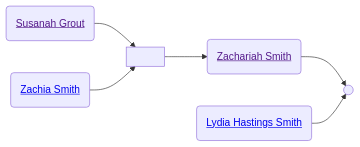
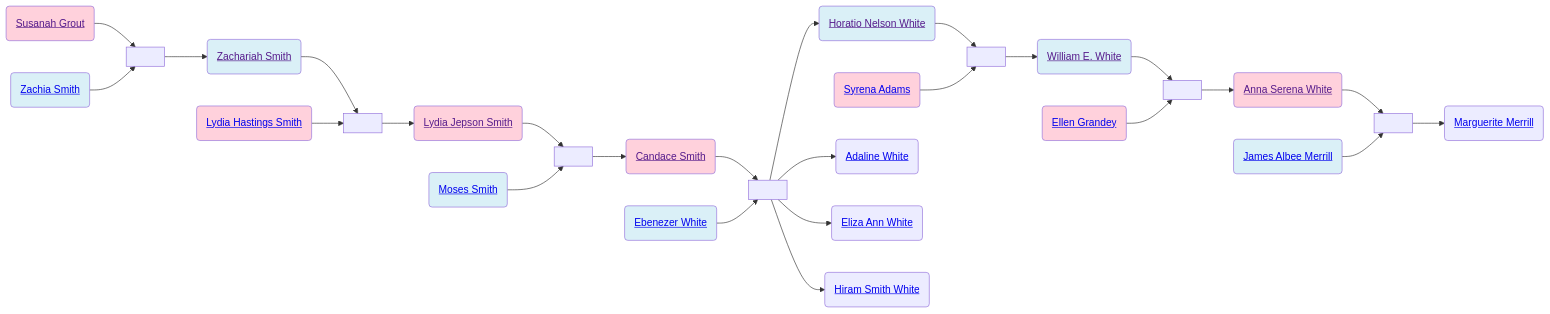
One commit to neelsmith/avocational changed the diagram in familyhistory/sources/people/Merrill-line/Susanah_Grout.qmd. Above: the diagram before and after it, drawn with Mermaid. The commit also changed 91 other files, not shown here.

Commit message:
Rebuild descendant diagrams

````diff
--- a/familyhistory/sources/people/Merrill-line/Susanah_Grout.qmd
+++ b/familyhistory/sources/people/Merrill-line/Susanah_Grout.qmd
@@ -26,14 +26,59 @@
 ```{mermaid}
 graph LR
+%% LR descendant diagram
 class Susanah_Grout_and_Zachia_Smith marriage
 Susanah_Grout(<a href=''>Susanah Grout</>) --> Susanah_Grout_and_Zachia_Smith[ ]
 Zachia_Smith(<a href='./Zachia_Smith.html'>Zachia Smith</>) --> Susanah_Grout_and_Zachia_Smith(( ))
+class Zachia_Smith father
+class Susanah_Grout mother
 Susanah_Grout_and_Zachia_Smith[ ] --> Zachariah_Smith(<a href='./White-line/Candace-Smith-line/Zachariah_Smith.html'>Zachariah Smith</>)
 class Zachariah_Smith_and_Lydia_Hastings_Smith marriage
 Zachariah_Smith(<a href=''>Zachariah Smith</>) --> Zachariah_Smith_and_Lydia_Hastings_Smith[ ]
 Lydia_Hastings_Smith(<a href='./Lydia_Hastings_Smith.html'>Lydia Hastings Smith</>) --> Zachariah_Smith_and_Lydia_Hastings_Smith(( ))
+class Zachariah_Smith father
+class Lydia_Hastings_Smith mother
+Zachariah_Smith_and_Lydia_Hastings_Smith[ ] --> Lydia_Jepson_Smith(<a href='./Lydia_Jepson_Smith.html'>Lydia Jepson Smith</>)
+class Lydia_Jepson_Smith_and_Moses_Smith marriage
+Lydia_Jepson_Smith(<a href=''>Lydia Jepson Smith</>) --> Lydia_Jepson_Smith_and_Moses_Smith[ ]
+Moses_Smith(<a href='./../../../Moses_Smith_connections/Moses_Smith.html'>Moses Smith</>) --> Lydia_Jepson_Smith_and_Moses_Smith(( ))
+class Moses_Smith father
+class Lydia_Jepson_Smith mother
+Lydia_Jepson_Smith_and_Moses_Smith[ ] --> Candace_Smith(<a href='./Candace_Smith.html'>Candace Smith</>)
+class Candace_Smith_and_Ebenezer_White marriage
+Candace_Smith(<a href=''>Candace Smith</>) --> Candace_Smith_and_Ebenezer_White[ ]
+Ebenezer_White(<a href='./../Ebenezer_White.html'>Ebenezer White</>) --> Candace_Smith_and_Ebenezer_White(( ))
+class Ebenezer_White father
+class Candace_Smith mother
+Candace_Smith_and_Ebenezer_White[ ] --> Horatio_Nelson_White(<a href='./../Horatio_Nelson_White.html'>Horatio Nelson White</>)
+class Horatio_Nelson_White_and_Syrena_Adams marriage
+Horatio_Nelson_White(<a href=''>Horatio Nelson White</>) --> Horatio_Nelson_White_and_Syrena_Adams[ ]
+Syrena_Adams(<a href='./Syrena_Adams.html'>Syrena Adams</>) --> Horatio_Nelson_White_and_Syrena_Adams(( ))
+class Horatio_Nelson_White father
+class Syrena_Adams mother
+Horatio_Nelson_White_and_Syrena_Adams[ ] --> William_E._White(<a href='./William_E._White.html'>William E. White</>)
+class William_E._White_and_Ellen_Grandey marriage
+William_E._White(<a href=''>William E. White</>) --> William_E._White_and_Ellen_Grandey[ ]
+Ellen_Grandey(<a href='./../Grandey-line/Ellen_Grandey.html'>Ellen Grandey</>) --> William_E._White_and_Ellen_Grandey(( ))
+class William_E._White father
+class Ellen_Grandey mother
+William_E._White_and_Ellen_Grandey[ ] --> Anna_Serena_White(<a href='./Anna_Serena_White.html'>Anna Serena White</>)
+class Anna_Serena_White_and_James_Albee_Merrill marriage
+Anna_Serena_White(<a href=''>Anna Serena White</>) --> Anna_Serena_White_and_James_Albee_Merrill[ ]
+James_Albee_Merrill(<a href='./../James_Albee_Merrill.html'>James Albee Merrill</>) --> Anna_Serena_White_and_James_Albee_Merrill(( ))
+class James_Albee_Merrill father
+class Anna_Serena_White mother
+Anna_Serena_White_and_James_Albee_Merrill[ ] --> Marguerite_Merrill(<a href='./../Marguerite_Merrill.html'>Marguerite Merrill</>)
+class Ebenezer_White father
+class Candace_Smith mother
+Candace_Smith_and_Ebenezer_White[ ] --> Adaline_White(<a href='./../Adaline_White.html'>Adaline White</>)
+class Ebenezer_White father
+class Candace_Smith mother
+Candace_Smith_and_Ebenezer_White[ ] --> Eliza_Ann_White(<a href='./../Eliza_Ann_White.html'>Eliza Ann White</>)
+class Ebenezer_White father
+class Candace_Smith mother
+Candace_Smith_and_Ebenezer_White[ ] --> Hiram_Smith_White(<a href='./../Hiram_Smith_White.html'>Hiram Smith White</>)
 classDef mother fill:#ffd1dc
 classDef father fill:#daf0f7  
 classDef marriage fill:#ffffff
 
 ```
````
